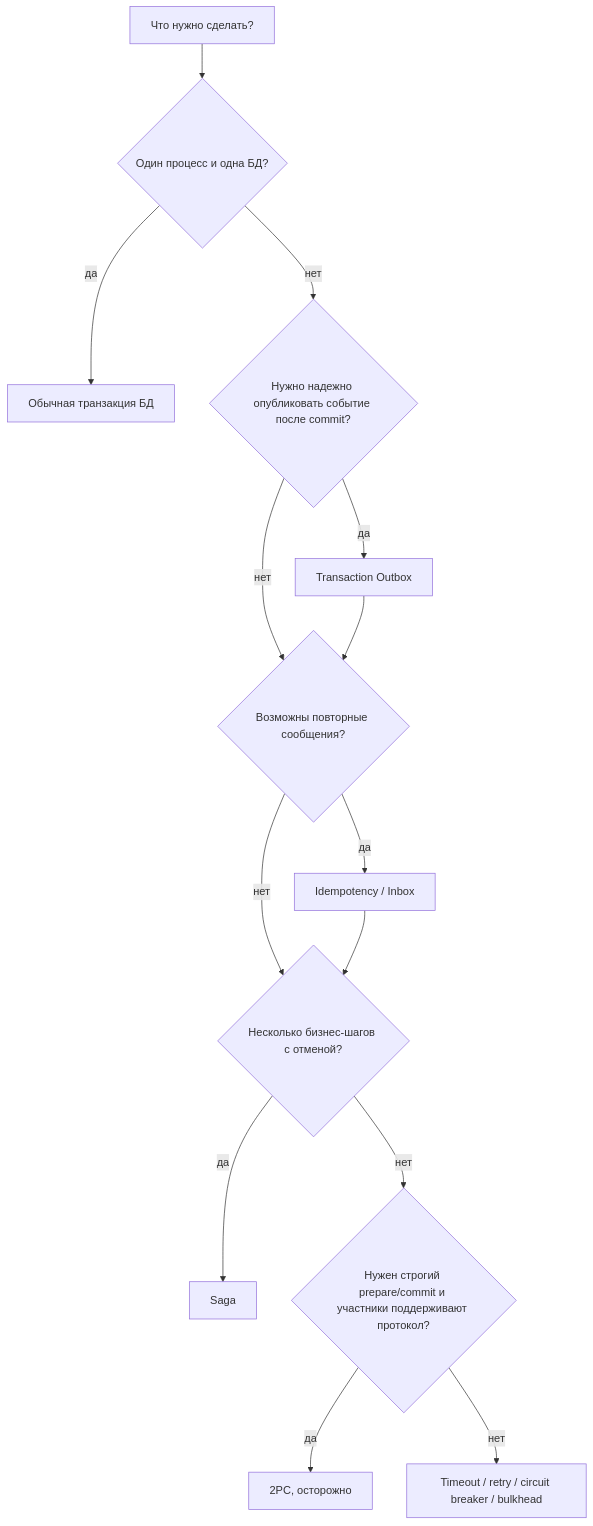
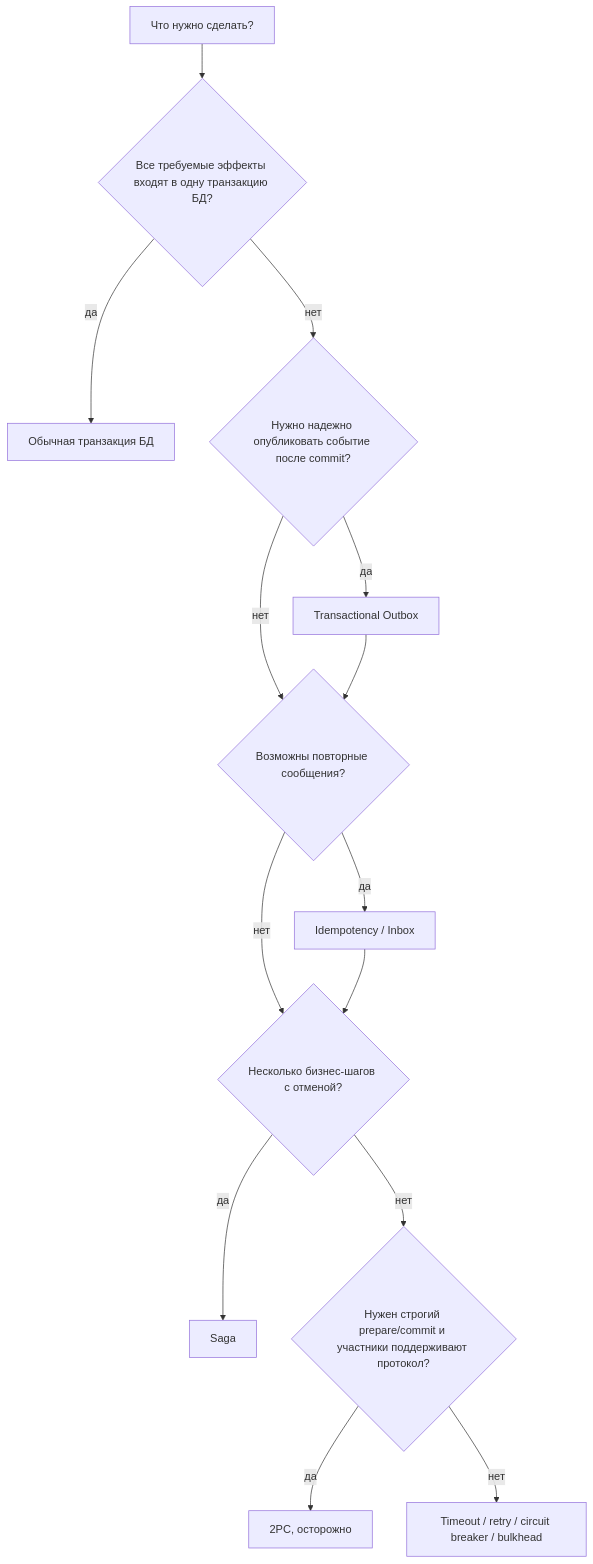
One commit to Kert0n/KPO changed diagram 15 of 15 in content/lectures/Lec12/vitepress.md. Above: the diagram before and after it, drawn with Mermaid. The commit also changed other lines of this file, not shown here.

````diff
--- a/content/lectures/Lec12/vitepress.md
+++ b/content/lectures/Lec12/vitepress.md
@@ -1330,16 +903,16 @@
 ```mermaid
 flowchart TD
-    Start["Что нужно сделать?"] --> OneDB{"Один процесс и одна БД?"}
+    Start["Что нужно сделать?"] --> OneDB{"Все требуемые эффекты входят в одну транзакцию БД?"}
     OneDB -->|"да"| DBTX["Обычная транзакция БД"]
     OneDB -->|"нет"| Publish{"Нужно надежно опубликовать событие после commit?"}
-    Publish -->|"да"| Outbox["Transaction Outbox"]
+    Publish -->|"да"| Outbox["Transactional Outbox"]
     Publish -->|"нет"| Duplicate{"Возможны повторные сообщения?"}
     Outbox --> Duplicate
     Duplicate -->|"да"| Inbox["Idempotency / Inbox"]
     Duplicate -->|"нет"| Workflow{"Несколько бизнес-шагов с отменой?"}
     Inbox --> Workflow
     Workflow -->|"да"| Saga["Saga"]
     Workflow -->|"нет"| Strict{"Нужен строгий prepare/commit и участники поддерживают протокол?"}
     Strict -->|"да"| TPC["2PC, осторожно"]
     Strict -->|"нет"| Resilience["Timeout / retry / circuit breaker / bulkhead"]
 ```
````
